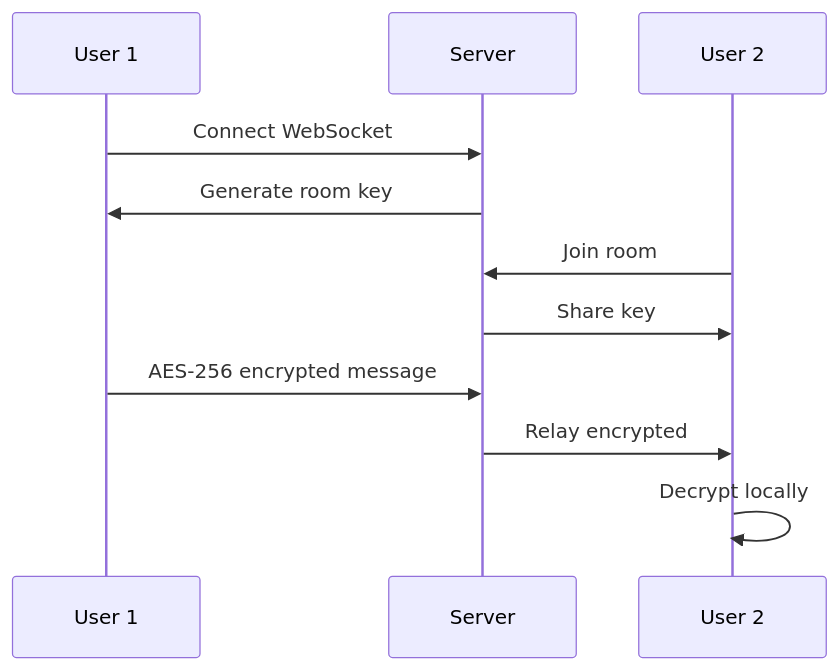
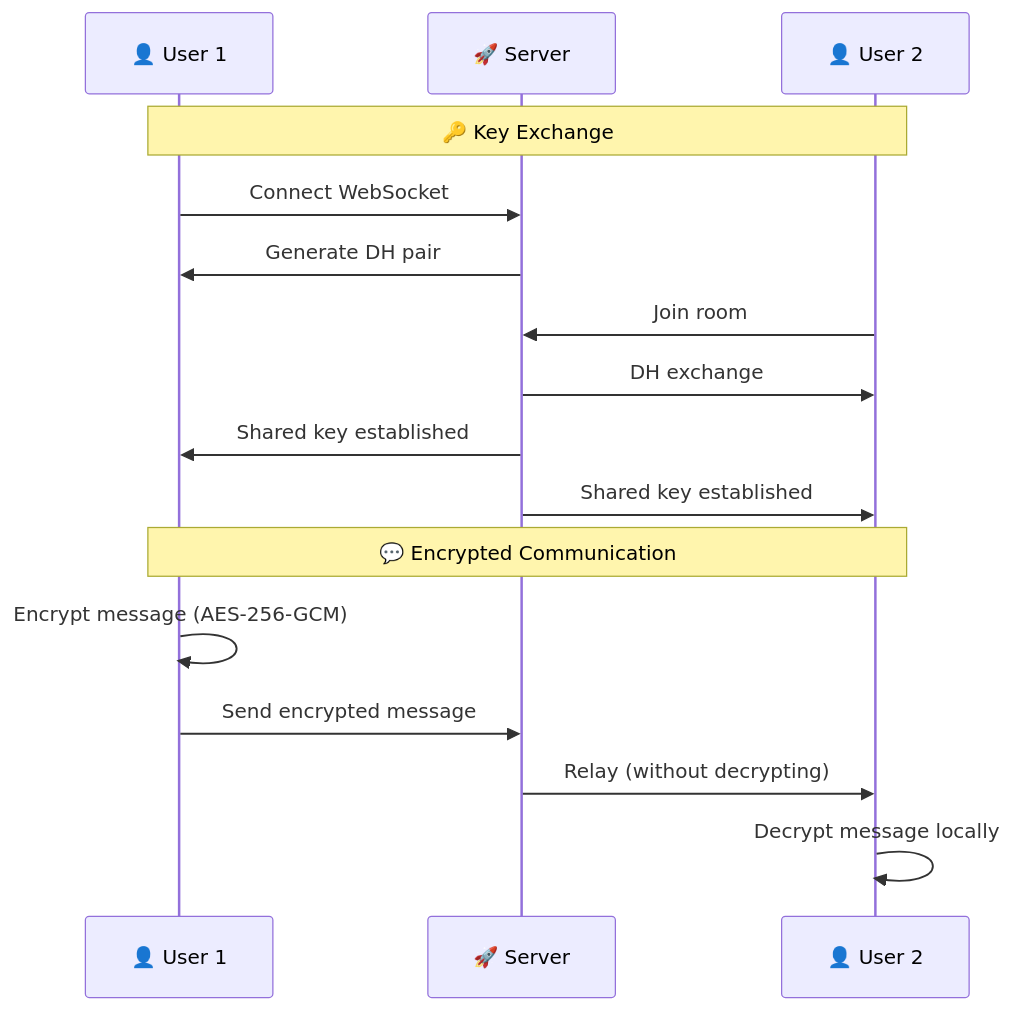
Before and after one commit to h3n-x/chat-anonimo: the second of 2 diagrams in README.en.md, drawn with Mermaid. The commit also changed other lines of this file, not shown here.

````diff
--- a/README.en.md
+++ b/README.en.md
@@ -192,14 +256,20 @@
 ```mermaid
 sequenceDiagram
-    participant U1 as User 1
-    participant S as Server
-    participant U2 as User 2
+    participant U1 as 👤 User 1
+    participant S as 🚀 Server
+    participant U2 as 👤 User 2
     
+    Note over U1,U2: 🔑 Key Exchange
     U1->>S: Connect WebSocket
-    S->>U1: Generate room key
+    S->>U1: Generate DH pair
     U2->>S: Join room
-    S->>U2: Share key
-    U1->>S: AES-256 encrypted message
-    S->>U2: Relay encrypted
-    U2->>U2: Decrypt locally
+    S->>U2: DH exchange
+    S->>U1: Shared key established
+    S->>U2: Shared key established
+    
+    Note over U1,U2: 💬 Encrypted Communication
+    U1->>U1: Encrypt message (AES-256-GCM)
+    U1->>S: Send encrypted message
+    S->>U2: Relay (without decrypting)
+    U2->>U2: Decrypt message locally
 ```
````
